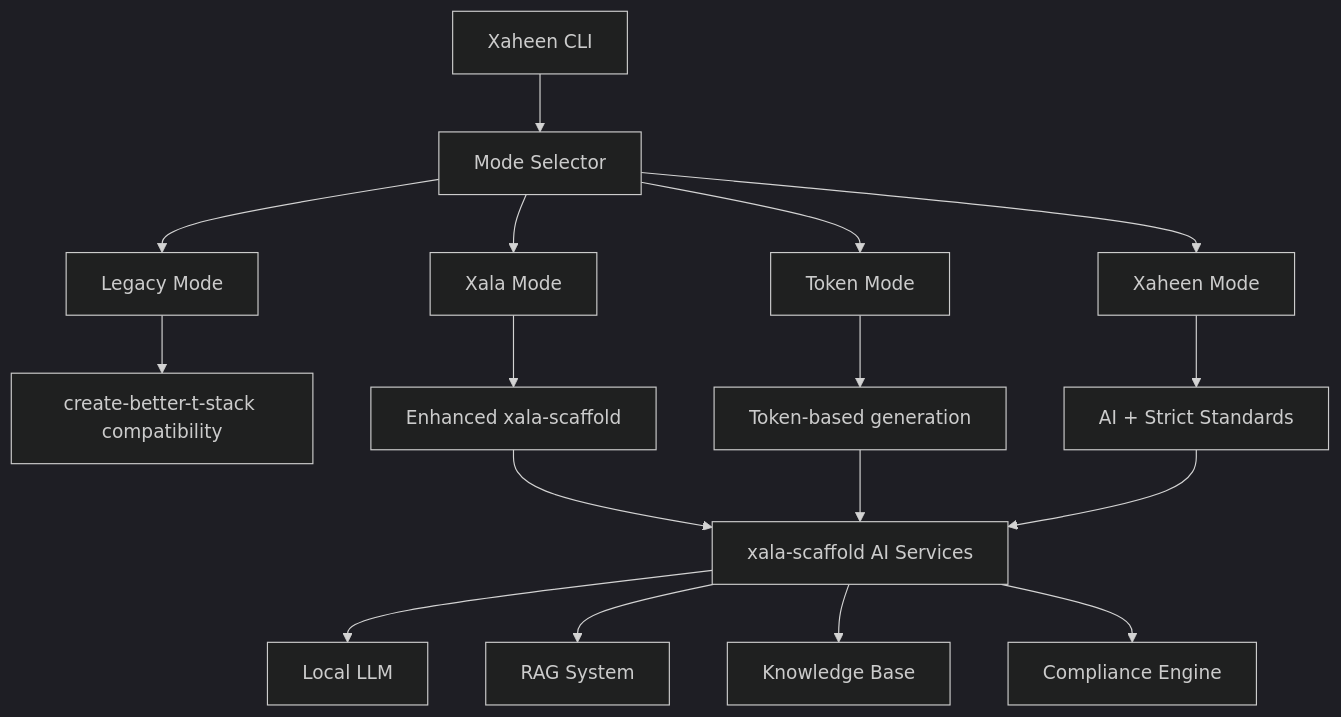
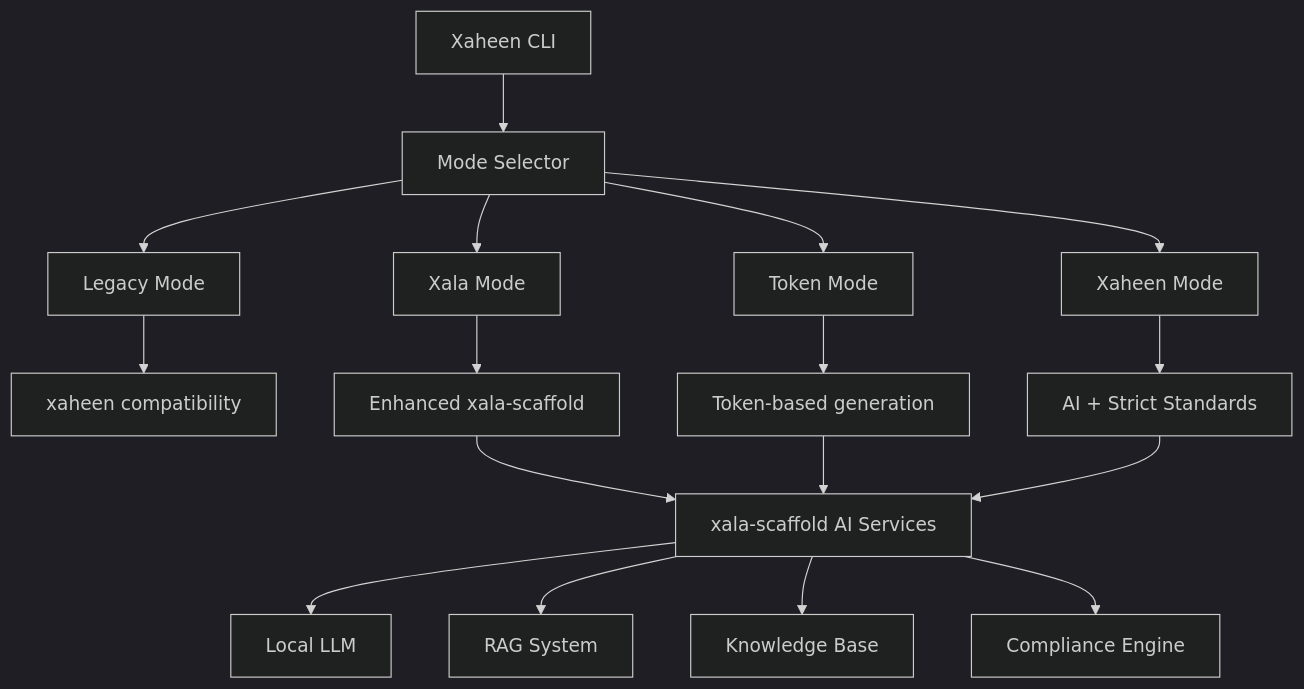
The first of 2 diagrams in documentation/planned/xaheen-revised-strategy.md (xalatechnologies/create-better-t-stack), drawn with Mermaid (dark theme) before and after one commit. The commit also changed other lines of this file and 54 other files, not shown here.

````diff
--- a/documentation/planned/xaheen-revised-strategy.md
+++ b/documentation/planned/xaheen-revised-strategy.md
@@ -172,22 +172,22 @@
 ```mermaid
 graph TD
     A[Xaheen CLI] --> B[Mode Selector]
     B --> C[Legacy Mode]
     B --> D[Xala Mode]
     B --> E[Token Mode]
     B --> F[Xaheen Mode]
     
-    C --> G[create-better-t-stack compatibility]
+    C --> G[xaheen compatibility]
     D --> H[Enhanced xala-scaffold]
     E --> I[Token-based generation]
     F --> J[AI + Strict Standards]
     
     H --> K[xala-scaffold AI Services]
     I --> K
     J --> K
     
     K --> L[Local LLM]
     K --> M[RAG System]
     K --> N[Knowledge Base]
     K --> O[Compliance Engine]
 ```
````
